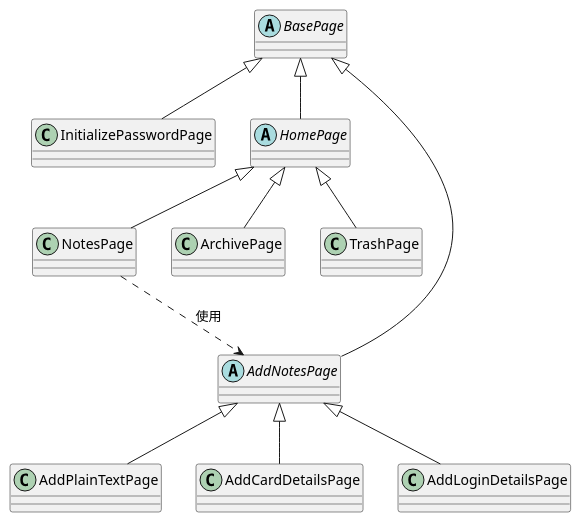
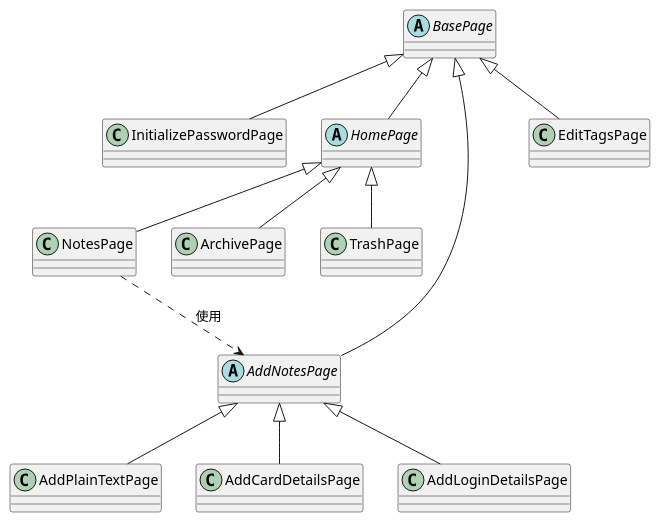
The diagram in sealNote_pageObject.puml (gabigon88/SealNote_App_Test), drawn with PlantUML before and after one commit. The commit also changed 4 other files, not shown here.

```diff
--- a/sealNote_pageObject.puml
+++ b/sealNote_pageObject.puml
@@ -1,18 +1,19 @@
 @startuml
 
 BasePage <|-- InitializePasswordPage
 BasePage <|-- HomePage
 HomePage <|-- NotesPage
 HomePage <|-- ArchivePage
 HomePage <|-- TrashPage
 BasePage <|-- AddNotesPage
+BasePage <|-- EditTagsPage
 AddNotesPage <|-- AddPlainTextPage
 AddNotesPage <|-- AddCardDetailsPage
 AddNotesPage <|-- AddLoginDetailsPage
 NotesPage ..> AddNotesPage : 使用
 
 abstract BasePage
 abstract HomePage
 abstract AddNotesPage
 
 @enduml
```
